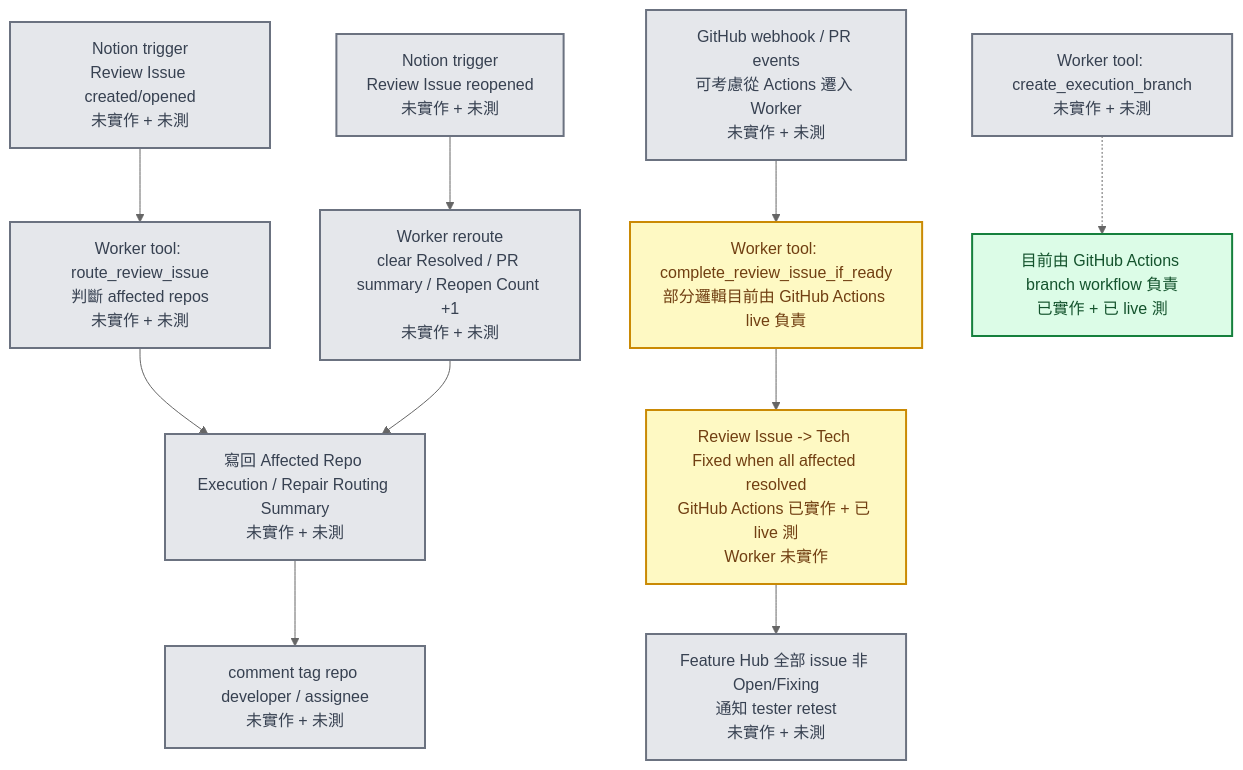
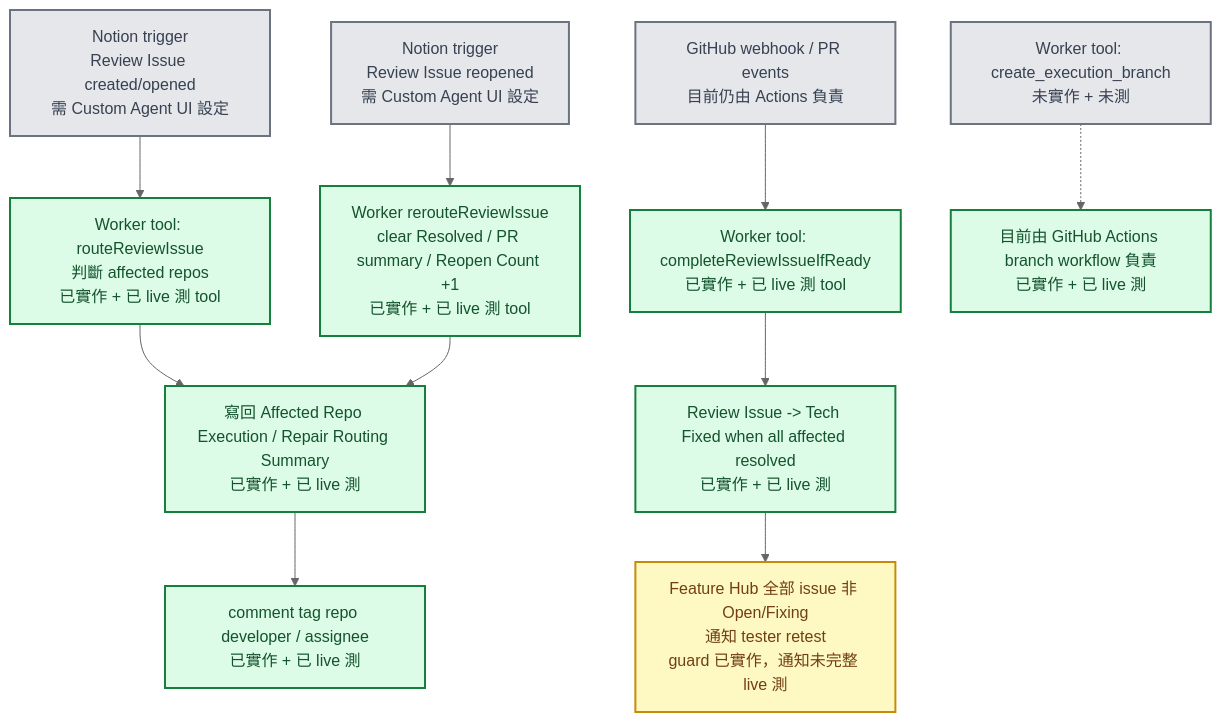
Before and after one commit to ARTOGO/github-docs: the seventh of 8 diagrams in docs/notion-automation-flow-map.md, drawn with Mermaid (neutral theme). The commit also changed other lines of this file and 5 other files, not shown here.

Commit message:
Update worker live test status

````diff
--- a/docs/notion-automation-flow-map.md
+++ b/docs/notion-automation-flow-map.md
@@ -178,20 +178,20 @@
 ```mermaid
 flowchart TD
-  triggerCreate["Notion trigger<br/>Review Issue created/opened<br/>未實作 + 未測"] --> routeTool["Worker tool: route_review_issue<br/>判斷 affected repos<br/>未實作 + 未測"]
-  routeTool --> writeAffected["寫回 Affected Repo Execution / Repair Routing Summary<br/>未實作 + 未測"]
-  writeAffected --> notifyDev["comment tag repo developer / assignee<br/>未實作 + 未測"]
-  triggerReopen["Notion trigger<br/>Review Issue reopened<br/>未實作 + 未測"] --> reroute["Worker reroute<br/>clear Resolved / PR summary / Reopen Count +1<br/>未實作 + 未測"]
+  triggerCreate["Notion trigger<br/>Review Issue created/opened<br/>需 Custom Agent UI 設定"] --> routeTool["Worker tool: routeReviewIssue<br/>判斷 affected repos<br/>已實作 + 已 live 測 tool"]
+  routeTool --> writeAffected["寫回 Affected Repo Execution / Repair Routing Summary<br/>已實作 + 已 live 測"]
+  writeAffected --> notifyDev["comment tag repo developer / assignee<br/>已實作 + 已 live 測"]
+  triggerReopen["Notion trigger<br/>Review Issue reopened<br/>需 Custom Agent UI 設定"] --> reroute["Worker rerouteReviewIssue<br/>clear Resolved / PR summary / Reopen Count +1<br/>已實作 + 已 live 測 tool"]
   reroute --> writeAffected
-  githubWebhook["GitHub webhook / PR events<br/>可考慮從 Actions 遷入 Worker<br/>未實作 + 未測"] --> completeTool["Worker tool: complete_review_issue_if_ready<br/>部分邏輯目前由 GitHub Actions live 負責"]
-  completeTool --> issueDone["Review Issue -> Tech Fixed when all affected resolved<br/>GitHub Actions 已實作 + 已 live 測<br/>Worker 未實作"]
-  issueDone --> retestNotify["Feature Hub 全部 issue 非 Open/Fixing<br/>通知 tester retest<br/>未實作 + 未測"]
+  githubWebhook["GitHub webhook / PR events<br/>目前仍由 Actions 負責"] --> completeTool["Worker tool: completeReviewIssueIfReady<br/>已實作 + 已 live 測 tool"]
+  completeTool --> issueDone["Review Issue -> Tech Fixed when all affected resolved<br/>已實作 + 已 live 測"]
+  issueDone --> retestNotify["Feature Hub 全部 issue 非 Open/Fixing<br/>通知 tester retest<br/>guard 已實作，通知未完整 live 測"]
   branchTool["Worker tool: create_execution_branch<br/>未實作 + 未測"] -.-> currentBranch["目前由 GitHub Actions branch workflow 負責<br/>已實作 + 已 live 測"]
 
   classDef done fill:#dcfce7,stroke:#15803d,color:#14532d,stroke-width:2px
   classDef partial fill:#fef9c3,stroke:#ca8a04,color:#713f12,stroke-width:2px
   classDef todo fill:#e5e7eb,stroke:#6b7280,color:#374151,stroke-width:2px
 
-  class triggerCreate,routeTool,writeAffected,notifyDev,triggerReopen,reroute,githubWebhook,retestNotify,branchTool todo
-  class completeTool,issueDone partial
-  class currentBranch done
+  class routeTool,writeAffected,notifyDev,reroute,completeTool,issueDone,currentBranch done
+  class retestNotify partial
+  class triggerCreate,triggerReopen,githubWebhook,branchTool todo
 ```
````
